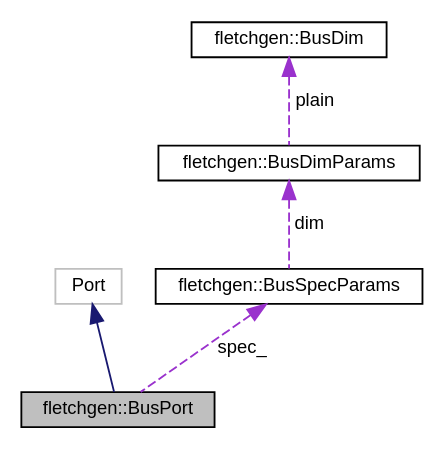
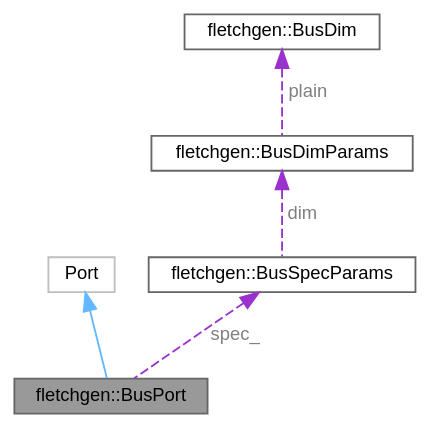
Before and after one commit to abs-tudelft/fletcher: the diagram in api/fletchgen/structfletchgen_1_1_bus_port__coll__graph.dot, drawn with Graphviz. The commit also changed 621 other files, not shown here.

```diff
--- a/api/fletchgen/structfletchgen_1_1_bus_port__coll__graph.dot
+++ b/api/fletchgen/structfletchgen_1_1_bus_port__coll__graph.dot
@@ -1,15 +1,16 @@
 digraph "fletchgen::BusPort"
 {
  // LATEX_PDF_SIZE
-  edge [fontname="Helvetica",fontsize="10",labelfontname="Helvetica",labelfontsize="10"];
-  node [fontname="Helvetica",fontsize="10",shape=record];
-  Node1 [label="fletchgen::BusPort",height=0.2,width=0.4,color="black", fillcolor="grey75", style="filled", fontcolor="black",tooltip="A port derived from bus parameters."];
-  Node2 -> Node1 [dir="back",color="midnightblue",fontsize="10",style="solid",fontname="Helvetica"];
-  Node2 [label="Port",height=0.2,width=0.4,color="grey75", fillcolor="white", style="filled",tooltip=" "];
-  Node3 -> Node1 [dir="back",color="darkorchid3",fontsize="10",style="dashed",label=" spec_" ,fontname="Helvetica"];
-  Node3 [label="fletchgen::BusSpecParams",height=0.2,width=0.4,color="black", fillcolor="white", style="filled",URL="$structfletchgen_1_1_bus_spec_params.html",tooltip="Holds bus parameters and function based on bus dimensions, that has actual nodes representing the dim..."];
-  Node4 -> Node3 [dir="back",color="darkorchid3",fontsize="10",style="dashed",label=" dim" ,fontname="Helvetica"];
-  Node4 [label="fletchgen::BusDimParams",height=0.2,width=0.4,color="black", fillcolor="white", style="filled",URL="$structfletchgen_1_1_bus_dim_params.html",tooltip="Holds bus parameters based on bus dimensions, that has actual nodes representing the dimensions."];
-  Node5 -> Node4 [dir="back",color="darkorchid3",fontsize="10",style="dashed",label=" plain" ,fontname="Helvetica"];
-  Node5 [label="fletchgen::BusDim",height=0.2,width=0.4,color="black", fillcolor="white", style="filled",URL="$structfletchgen_1_1_bus_dim.html",tooltip="Holds bus interface dimensions."];
+  bgcolor="transparent";
+  edge [fontname=Helvetica,fontsize=10,labelfontname=Helvetica,labelfontsize=10];
+  node [fontname=Helvetica,fontsize=10,shape=box,height=0.2,width=0.4];
+  Node1 [id="Node000001",label="fletchgen::BusPort",height=0.2,width=0.4,color="gray40", fillcolor="grey60", style="filled", fontcolor="black",tooltip="A port derived from bus parameters."];
+  Node2 -> Node1 [id="edge1_Node000001_Node000002",dir="back",color="steelblue1",style="solid",tooltip=" "];
+  Node2 [id="Node000002",label="Port",height=0.2,width=0.4,color="grey75", fillcolor="white", style="filled",tooltip=" "];
+  Node3 -> Node1 [id="edge2_Node000001_Node000003",dir="back",color="darkorchid3",style="dashed",tooltip=" ",label=" spec_",fontcolor="grey" ];
+  Node3 [id="Node000003",label="fletchgen::BusSpecParams",height=0.2,width=0.4,color="gray40", fillcolor="white", style="filled",URL="$structfletchgen_1_1_bus_spec_params.html",tooltip="Holds bus parameters and function based on bus dimensions, that has actual nodes representing the dim..."];
+  Node4 -> Node3 [id="edge3_Node000003_Node000004",dir="back",color="darkorchid3",style="dashed",tooltip=" ",label=" dim",fontcolor="grey" ];
+  Node4 [id="Node000004",label="fletchgen::BusDimParams",height=0.2,width=0.4,color="gray40", fillcolor="white", style="filled",URL="$structfletchgen_1_1_bus_dim_params.html",tooltip="Holds bus parameters based on bus dimensions, that has actual nodes representing the dimensions."];
+  Node5 -> Node4 [id="edge4_Node000004_Node000005",dir="back",color="darkorchid3",style="dashed",tooltip=" ",label=" plain",fontcolor="grey" ];
+  Node5 [id="Node000005",label="fletchgen::BusDim",height=0.2,width=0.4,color="gray40", fillcolor="white", style="filled",URL="$structfletchgen_1_1_bus_dim.html",tooltip="Holds bus interface dimensions."];
 }
```
